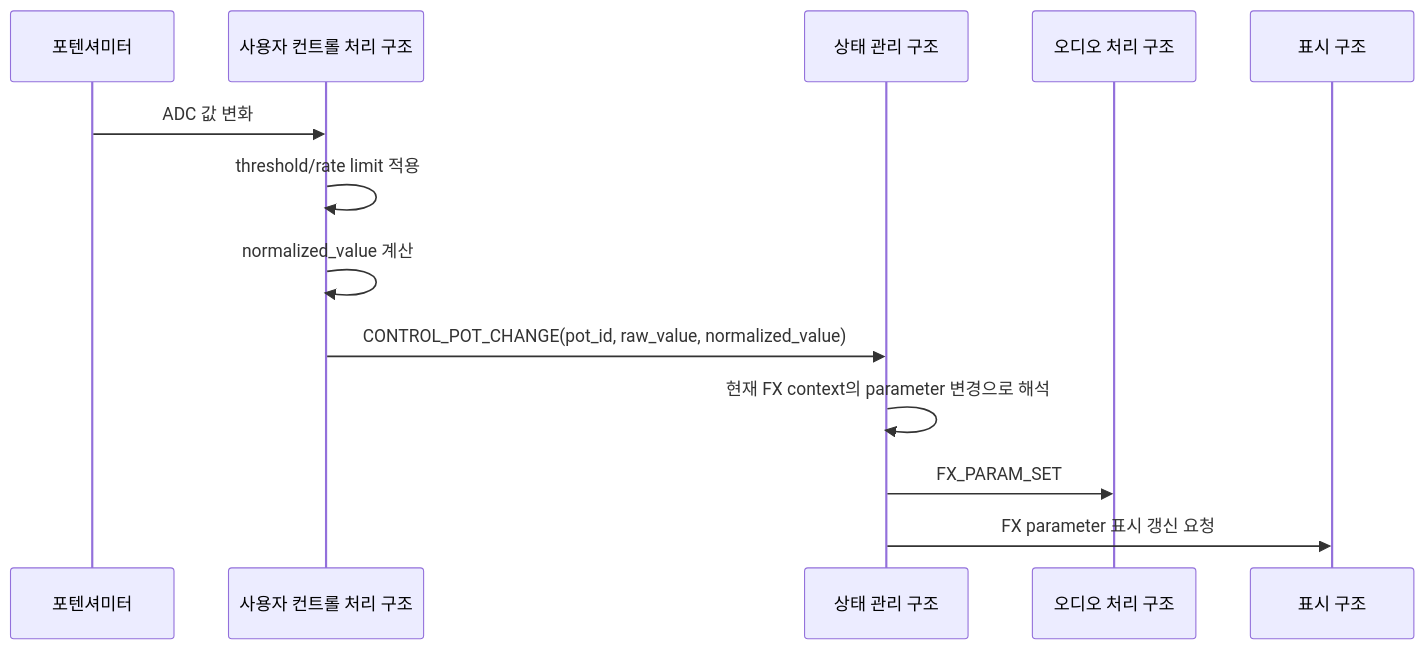
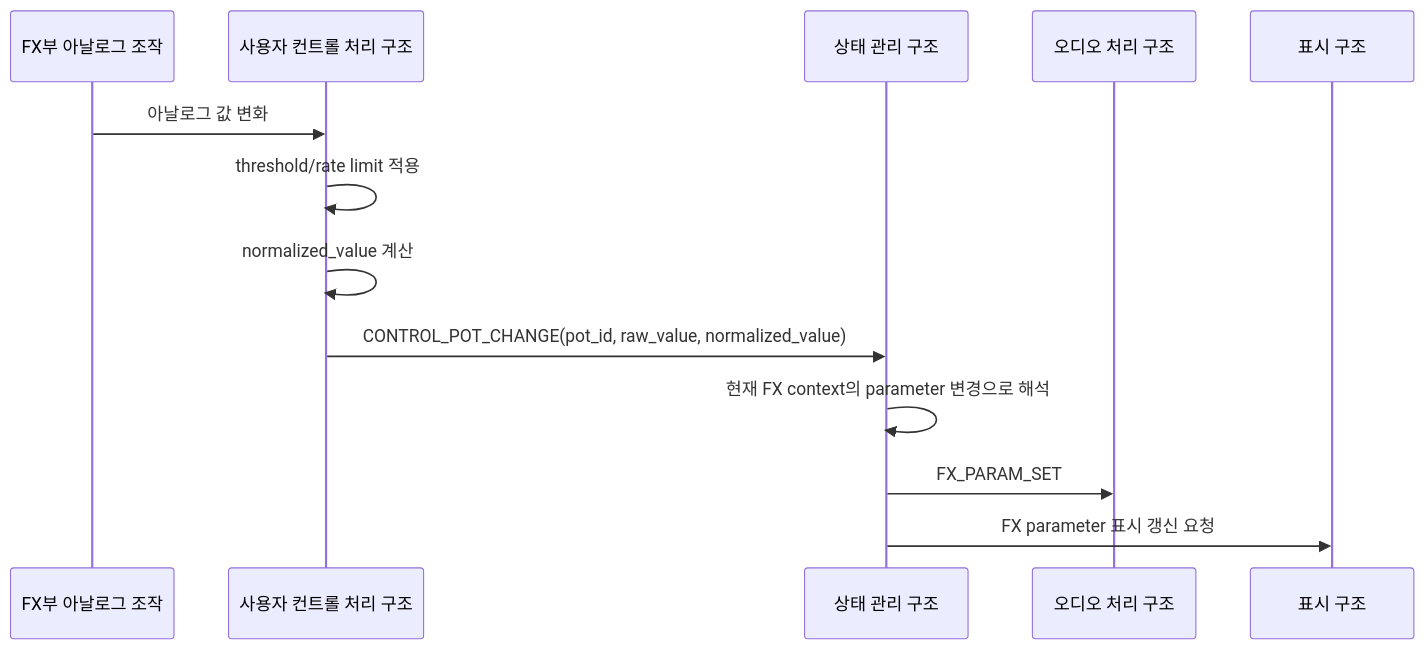
Before and after one commit to 10cheon00/rtos-loopstation: the sixth of 13 diagrams in docs/2-Architecture/ARCH-INPUT.md, drawn with Mermaid. The commit also changed other lines of this file and 1 other file, not shown here.

````diff
--- a/docs/2-Architecture/ARCH-INPUT.md
+++ b/docs/2-Architecture/ARCH-INPUT.md
@@ -185,16 +188,16 @@
 ```mermaid
 sequenceDiagram
-    participant Pot as 포텐셔미터
+    participant Pot as FX부 아날로그 조작
     participant Control as 사용자 컨트롤 처리 구조
     participant State as 상태 관리 구조
     participant Audio as 오디오 처리 구조
     participant Display as 표시 구조
 
-    Pot->>Control: ADC 값 변화
+    Pot->>Control: 아날로그 값 변화
     Control->>Control: threshold/rate limit 적용
     Control->>Control: normalized_value 계산
     Control->>State: CONTROL_POT_CHANGE(pot_id, raw_value, normalized_value)
     State->>State: 현재 FX context의 parameter 변경으로 해석
     State->>Audio: FX_PARAM_SET
     State->>Display: FX parameter 표시 갱신 요청
 ```
````
